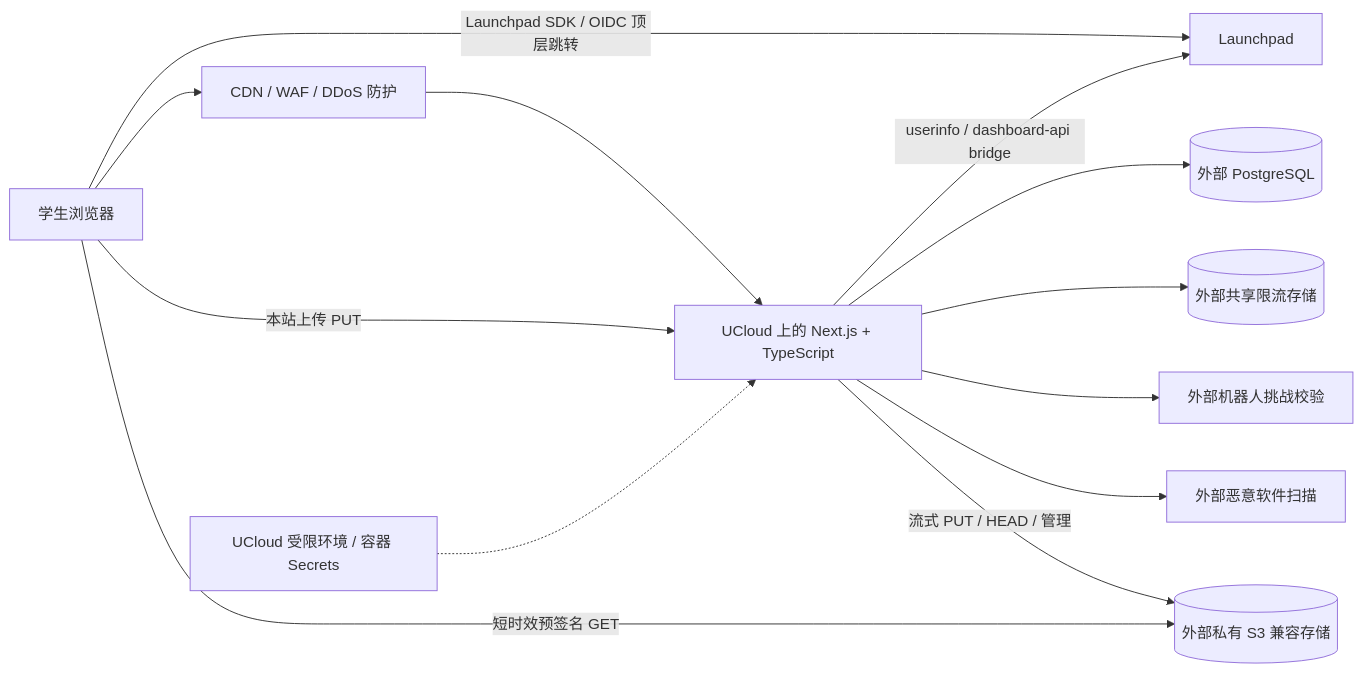
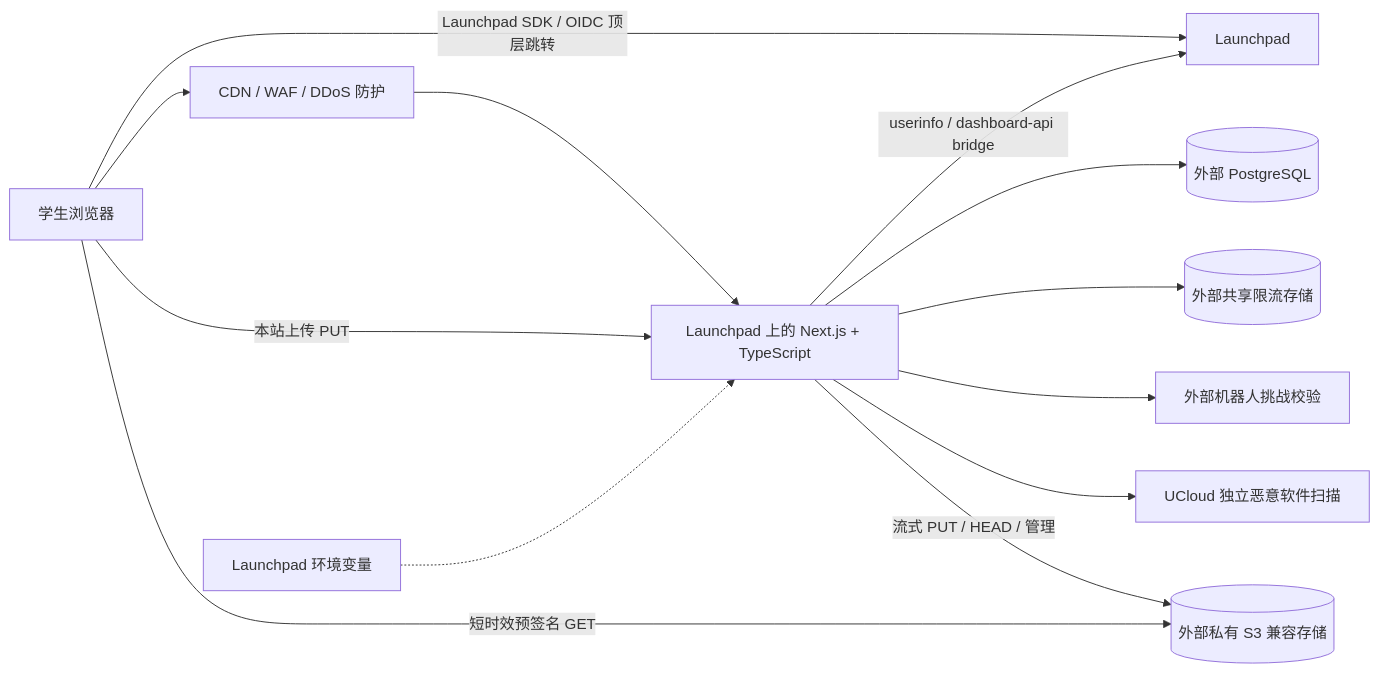
Before and after one commit to summerliang74/sider: the diagram in SHSID-Online-MVP-PRD.md, drawn with Mermaid. The commit also changed other lines of this file and 13 other files, not shown here.

````diff
--- a/SHSID-Online-MVP-PRD.md
+++ b/SHSID-Online-MVP-PRD.md
@@ -253,15 +253,15 @@
 ```mermaid
 flowchart LR
     U[学生浏览器] --> E[CDN / WAF / DDoS 防护]
-    E --> N[UCloud 上的 Next.js + TypeScript]
+    E --> N[Launchpad 上的 Next.js + TypeScript]
     U -->|Launchpad SDK / OIDC 顶层跳转| L[Launchpad]
     U -->|本站上传 PUT| N
     N -->|userinfo / dashboard-api bridge| L
-    V[UCloud 受限环境 / 容器 Secrets] -.-> N
+    V[Launchpad 环境变量] -.-> N
     N --> P[(外部 PostgreSQL)]
     N --> R[(外部共享限流存储)]
     N --> B[外部机器人挑战校验]
-    N --> M[外部恶意软件扫描]
+    N --> M[UCloud 独立恶意软件扫描]
     N -->|流式 PUT / HEAD / 管理| S[(外部私有 S3 兼容存储)]
     U -->|短时效预签名 GET| S
 ```
````
